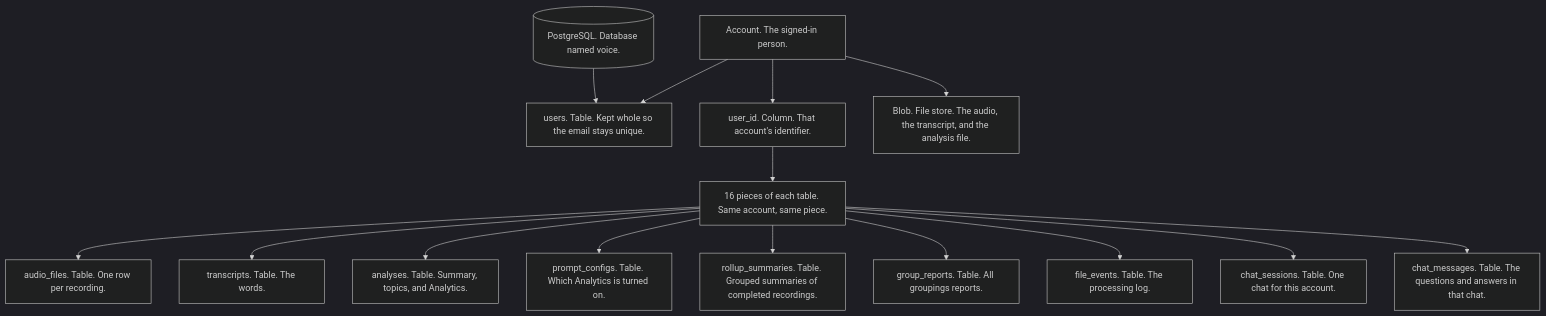
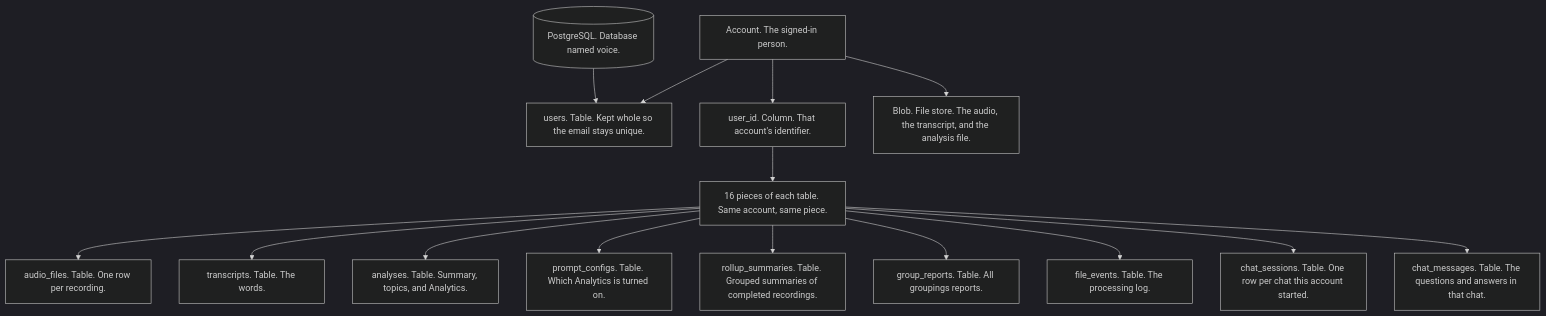
Before and after one commit to highprincezero/wn-voice-analytics: the second of 4 diagrams in docs/data-model.md, drawn with Mermaid (dark theme). The commit also changed other lines of this file and 3 other files, not shown here.

````diff
--- a/docs/data-model.md
+++ b/docs/data-model.md
@@ -121,17 +121,17 @@
 ```mermaid
 flowchart TB
   db[("PostgreSQL. Database named voice.")] --> users["users. Table. Kept whole so the email stays unique."]
   person["Account. The signed-in person."] --> users
   person --> uid["user_id. Column. That account's identifier."]
   uid --> parts["16 pieces of each table. Same account, same piece."]
   parts --> audio["audio_files. Table. One row per recording."]
   parts --> transcripts["transcripts. Table. The words."]
   parts --> analyses["analyses. Table. Summary, topics, and Analytics."]
   parts --> prompts["prompt_configs. Table. Which Analytics is turned on."]
   parts --> summaries["rollup_summaries. Table. Grouped summaries of completed recordings."]
   parts --> reports["group_reports. Table. All groupings reports."]
   parts --> events["file_events. Table. The processing log."]
-  parts --> chatSessions["chat_sessions. Table. One chat for this account."]
+  parts --> chatSessions["chat_sessions. Table. One row per chat this account started."]
   parts --> chatMessages["chat_messages. Table. The questions and answers in that chat."]
   person --> blob["Blob. File store. The audio, the transcript, and the analysis file."]
 ```
````
